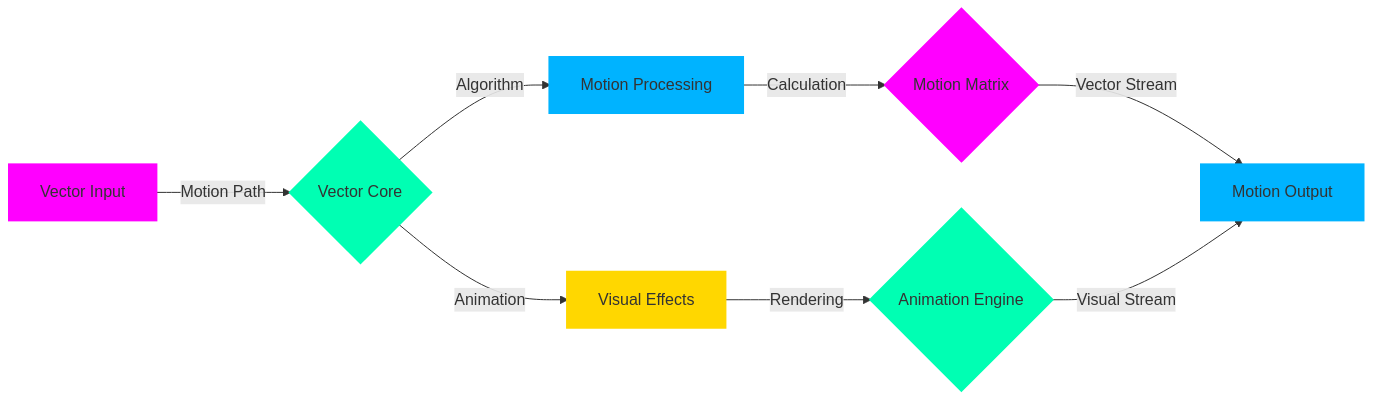
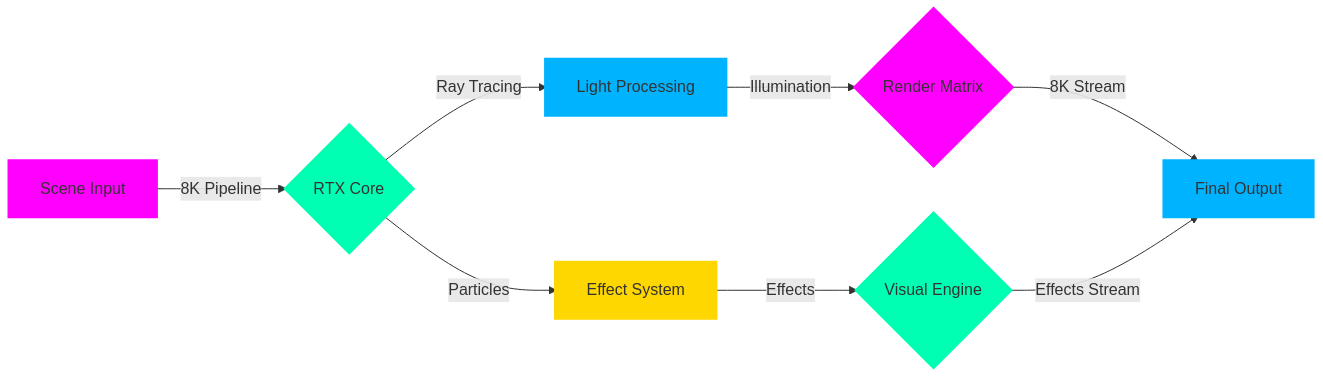
The diagram in README.md (mohammadrmmr2003/rubikatelbot), drawn with Mermaid before and after one commit. The commit also changed other lines of this file, not shown here.

````diff
--- a/README.md
+++ b/README.md
@@ -125,18 +142,18 @@
 ```mermaid
-graph LR
-    A[Vector Input] -->|Motion Path| B{Vector Core}
-    B -->|Algorithm| C[Motion Processing]
-    B -->|Animation| D[Visual Effects]
-    C -->|Calculation| E{Motion Matrix}
-    D -->|Rendering| F{Animation Engine}
-    E -->|Vector Stream| G[Motion Output]
-    F -->|Visual Stream| G
+flowchart LR
+    A[Scene Input] -->|8K Pipeline| B{RTX Core}
+    B -->|Ray Tracing| C[Light Processing]
+    B -->|Particles| D[Effect System]
+    C -->|Illumination| E{Render Matrix}
+    D -->|Effects| F{Visual Engine}
+    E -->|8K Stream| G[Final Output]
+    F -->|Effects Stream| G
     
-    style A fill:#FF00FF,stroke:#FF00FF,stroke-width:4px
-    style B fill:#00FFB3,stroke:#00FFB3,stroke-width:4px
-    style C fill:#00B3FF,stroke:#00B3FF,stroke-width:4px
-    style D fill:#FFD700,stroke:#FFD700,stroke-width:4px
-    style E fill:#FF00FF,stroke:#FF00FF,stroke-width:4px
-    style F fill:#00FFB3,stroke:#00FFB3,stroke-width:4px
-    style G fill:#00B3FF,stroke:#00B3FF,stroke-width:4px
+    style A fill:#FF00FF,stroke:#FF00FF,stroke-width:5px
+    style B fill:#00FFB3,stroke:#00FFB3,stroke-width:5px
+    style C fill:#00B3FF,stroke:#00B3FF,stroke-width:5px
+    style D fill:#FFD700,stroke:#FFD700,stroke-width:5px
+    style E fill:#FF00FF,stroke:#FF00FF,stroke-width:5px
+    style F fill:#00FFB3,stroke:#00FFB3,stroke-width:5px
+    style G fill:#00B3FF,stroke:#00B3FF,stroke-width:5px
 ```
````
